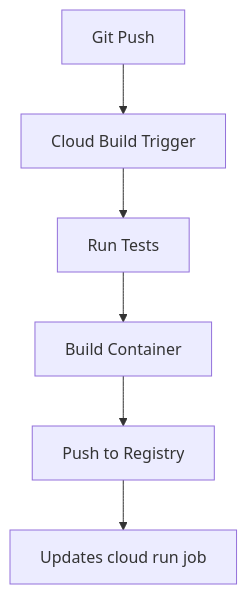
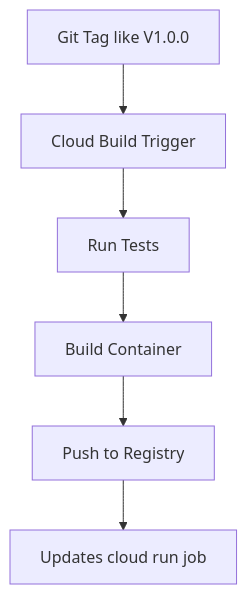
One commit to royal-dsouza/event-summary-batch-job changed the diagram in README.md. Above: the diagram before and after it, drawn with Mermaid. The commit also changed other lines of this file, not shown here.

````diff
--- a/README.md
+++ b/README.md
@@ -69,8 +69,8 @@
 ```mermaid
 graph TD
-    A[Git Push] --> B[Cloud Build Trigger]
+    A[Git Tag like V1.0.0] --> B[Cloud Build Trigger]
     B --> C[Run Tests]
     C --> D[Build Container]
     D --> E[Push to Registry]
     E --> F[Updates cloud run job]
 ```
````
